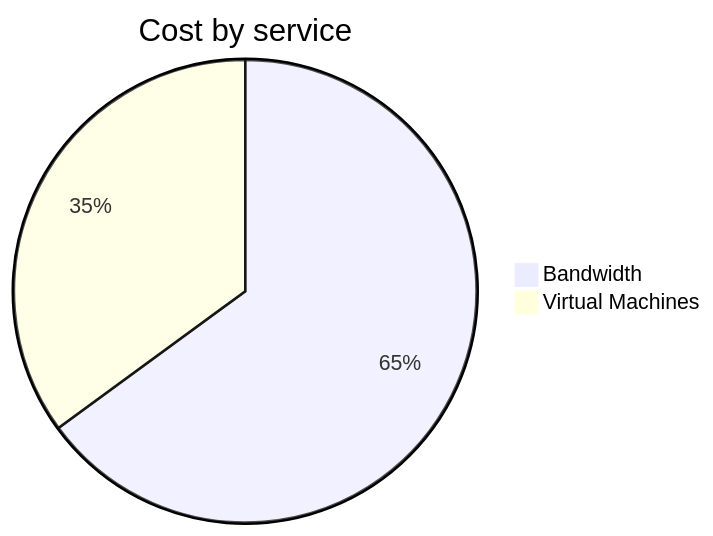
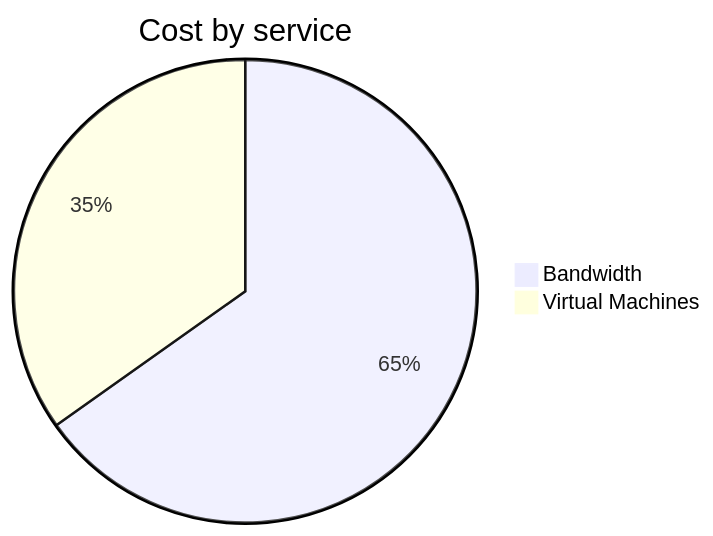
The second of 4 diagrams in cost-reports/personal-network/vpn-server.md (jpfulton/azure-personal-reports), drawn with Mermaid before and after one commit. The commit also changed other lines of this file and 8 other files, not shown here.

````diff
--- a/cost-reports/personal-network/vpn-server.md
+++ b/cost-reports/personal-network/vpn-server.md
@@ -96,6 +96,6 @@
 ```mermaid
 pie
    title Cost by service
-   "Bandwidth" : 1.63
-   "Virtual Machines" : 0.88
+   "Bandwidth" : 2.04
+   "Virtual Machines" : 1.09
 ```
````
